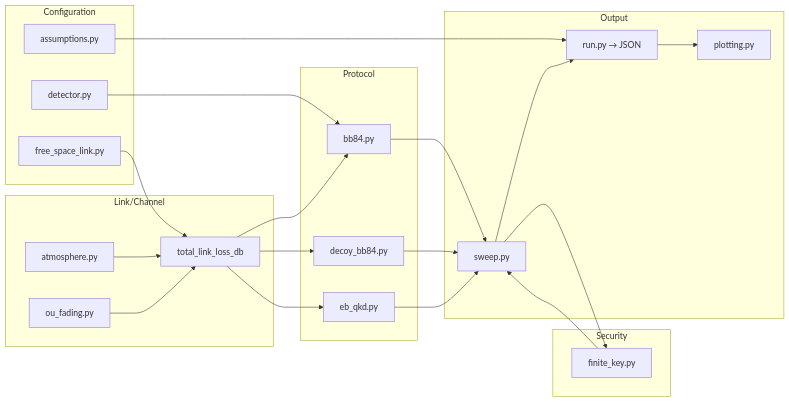
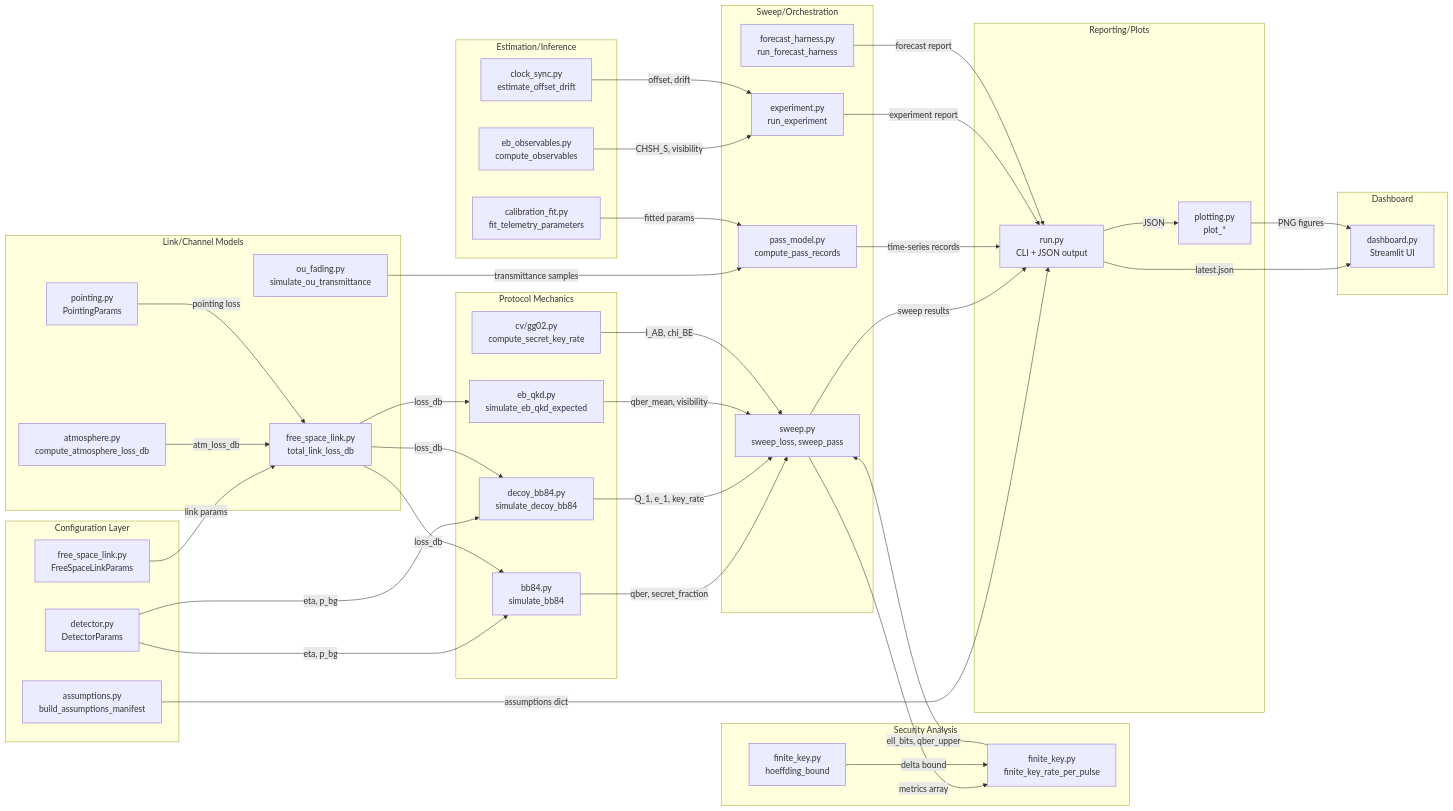
Before and after one commit to christopher-altman/sat-qkd-security-curves: the diagram in README.md, drawn with Mermaid.

Commit message:
docs: updated README.md with architecture/diagrams

````diff
--- a/README.md
+++ b/README.md
@@ -543,50 +543,83 @@
 ```mermaid
 flowchart LR
-    subgraph Config["Configuration"]
-        A[assumptions.py]
-        D[detector.py]
-        L[free_space_link.py]
+    subgraph Config["Configuration Layer"]
+        A[assumptions.py<br/>build_assumptions_manifest]
+        D[detector.py<br/>DetectorParams]
+        L[free_space_link.py<br/>FreeSpaceLinkParams]
     end
 
-    subgraph Link["Link/Channel"]
-        FL[total_link_loss_db]
-        AT[atmosphere.py]
-        OU[ou_fading.py]
+    subgraph Link["Link/Channel Models"]
+        FL[free_space_link.py<br/>total_link_loss_db]
+        AT[atmosphere.py<br/>compute_atmosphere_loss_db]
+        OU[ou_fading.py<br/>simulate_ou_transmittance]
+        PT[pointing.py<br/>PointingParams]
     end
 
-    subgraph Protocol["Protocol"]
-        BB[bb84.py]
-        DC[decoy_bb84.py]
-        EB[eb_qkd.py]
+    subgraph Protocol["Protocol Mechanics"]
+        BB[bb84.py<br/>simulate_bb84]
+        DC[decoy_bb84.py<br/>simulate_decoy_bb84]
+        EB[eb_qkd.py<br/>simulate_eb_qkd_expected]
+        CV[cv/gg02.py<br/>compute_secret_key_rate]
     end
 
-    subgraph Security["Security"]
-        FK[finite_key.py]
+    subgraph Security["Security Analysis"]
+        FK[finite_key.py<br/>finite_key_rate_per_pulse]
+        HB[finite_key.py<br/>hoeffding_bound]
     end
 
-    subgraph Output["Output"]
-        SW[sweep.py]
-        PL[plotting.py]
-        RN[run.py → JSON]
+    subgraph Estimation["Estimation/Inference"]
+        CF[calibration_fit.py<br/>fit_telemetry_parameters]
+        EO[eb_observables.py<br/>compute_observables]
+        CS[clock_sync.py<br/>estimate_offset_drift]
     end
 
-    A --> RN
-    D --> BB
-    L --> FL
-    AT --> FL
-    OU --> FL
+    subgraph Sweep["Sweep/Orchestration"]
+        SW[sweep.py<br/>sweep_loss, sweep_pass]
+        PM[pass_model.py<br/>compute_pass_records]
+        EX[experiment.py<br/>run_experiment]
+        FH[forecast_harness.py<br/>run_forecast_harness]
+    end
 
-    FL --> BB
-    FL --> DC
-    FL --> EB
+    subgraph Output["Reporting/Plots"]
+        PL[plotting.py<br/>plot_*]
+        RN[run.py<br/>CLI + JSON output]
+    end
 
-    BB --> SW
-    DC --> SW
-    EB --> SW
+    subgraph UI["Dashboard"]
+        DB[dashboard.py<br/>Streamlit UI]
+    end
 
-    SW --> FK
-    FK --> SW
+    A -->|assumptions dict| RN
+    D -->|eta, p_bg| BB
+    D -->|eta, p_bg| DC
+    L -->|link params| FL
 
-    SW --> RN
-    RN --> PL
+    FL -->|loss_db| BB
+    FL -->|loss_db| DC
+    FL -->|loss_db| EB
+    AT -->|atm_loss_db| FL
+    OU -->|transmittance samples| PM
+    PT -->|pointing loss| FL
+
+    BB -->|qber, secret_fraction| SW
+    DC -->|Q_1, e_1, key_rate| SW
+    EB -->|qber_mean, visibility| SW
+    CV -->|I_AB, chi_BE| SW
+
+    SW -->|metrics array| FK
+    FK -->|ell_bits, qber_upper| SW
+    HB -->|delta bound| FK
+
+    CF -->|fitted params| PM
+    EO -->|CHSH_S, visibility| EX
+    CS -->|offset, drift| EX
+
+    SW -->|sweep results| RN
+    PM -->|time-series records| RN
+    EX -->|experiment report| RN
+    FH -->|forecast report| RN
+
+    RN -->|JSON| PL
+    RN -->|latest.json| DB
+    PL -->|PNG figures| DB
 ```
````
